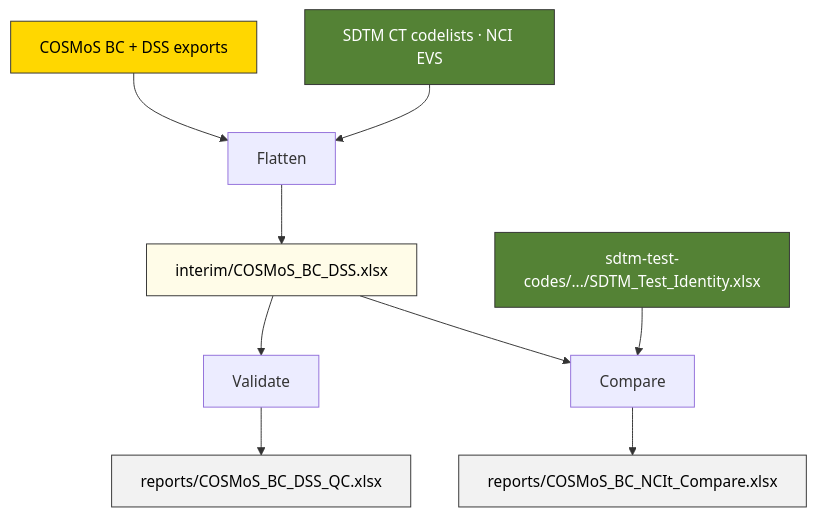
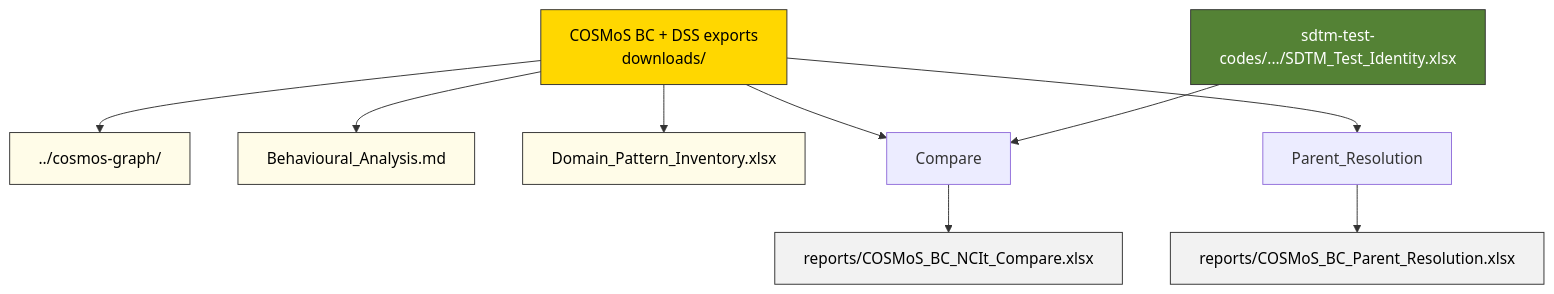
Before and after one commit to kerfors/cdisc-for-ai: the diagram in cosmos-bc-dss/README.md, drawn with Mermaid. The commit also changed other lines of this file and 47 other files, not shown here.

First line of the commit message:
feat: retire legacy sdtm-findings track and cosmos-bc-dss flatten

````diff
--- a/cosmos-bc-dss/README.md
+++ b/cosmos-bc-dss/README.md
@@ -32,18 +35,19 @@
 ```mermaid
 graph TD
-    A[COSMoS BC + DSS exports] --> F[Flatten]
-    B[SDTM CT codelists · NCI EVS] --> F
-    F --> I[interim/COSMoS_BC_DSS.xlsx]
-    I --> V[Validate]
-    V --> QC[reports/COSMoS_BC_DSS_QC.xlsx]
-    I --> C[Compare]
-    G[sdtm-test-codes/.../SDTM_Test_Identity.xlsx] --> C
-    C --> CR[reports/COSMoS_BC_NCIt_Compare.xlsx]
+    A[COSMoS BC + DSS exports<br/>downloads/] --> CG[../cosmos-graph/]
+    A --> BA[Behavioural_Analysis.md]
+    A --> DPI[Domain_Pattern_Inventory.xlsx]
+    A --> CMP[Compare]
+    G[sdtm-test-codes/.../SDTM_Test_Identity.xlsx] --> CMP
+    CMP --> CR[reports/COSMoS_BC_NCIt_Compare.xlsx]
+    A --> PR[Parent_Resolution]
+    PR --> PRR[reports/COSMoS_BC_Parent_Resolution.xlsx]
 
     style A fill:#FFD700,stroke:#333,color:#000
-    style B fill:#548235,stroke:#333,color:#fff
     style G fill:#548235,stroke:#333,color:#fff
-    style I fill:#FFFCE8,stroke:#333,color:#000
-    style QC fill:#f2f2f2,stroke:#333,color:#000
+    style CG fill:#FFFCE8,stroke:#333,color:#000
+    style BA fill:#FFFCE8,stroke:#333,color:#000
+    style DPI fill:#FFFCE8,stroke:#333,color:#000
     style CR fill:#f2f2f2,stroke:#333,color:#000
+    style PRR fill:#f2f2f2,stroke:#333,color:#000
 ```
````
